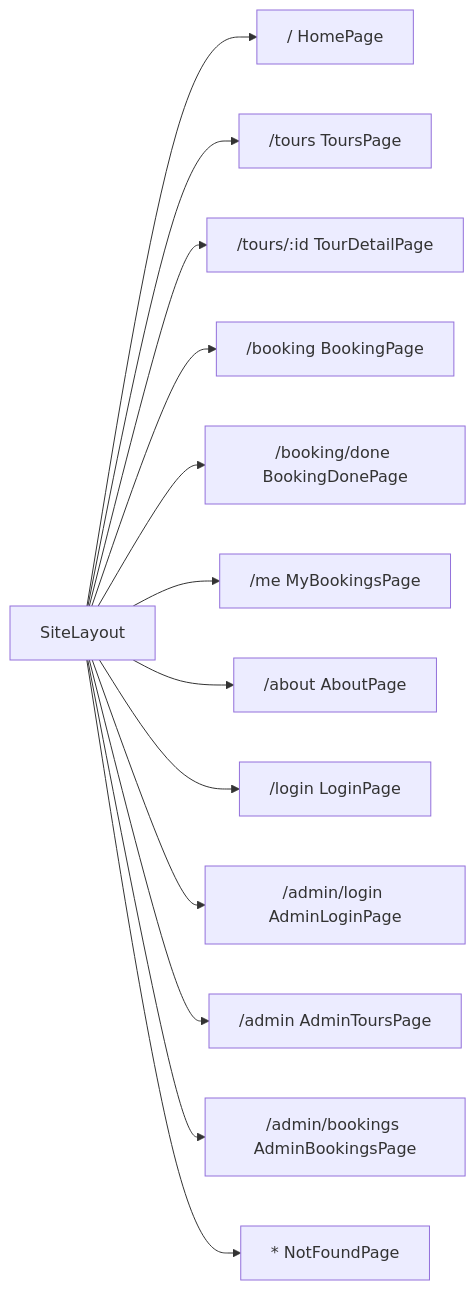
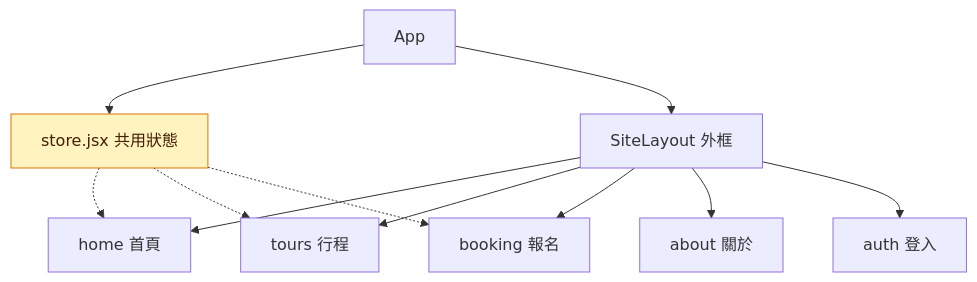
Before and after one commit to summer10920/summer10920.github.io: the fourth of 12 diagrams in source/_posts/lokiTech-15day-12-project-travel.md, drawn with Mermaid. The commit also changed other lines of this file and 2 other files, not shown here.

```diff
--- a/source/_posts/lokiTech-15day-12-project-travel.md
+++ b/source/_posts/lokiTech-15day-12-project-travel.md
@@ -758,14 +1086,13 @@
-{% mermaid graph LR %}
-  layout["SiteLayout"] --> home["/ HomePage"]
-  layout --> tours["/tours ToursPage"]
-  layout --> detail["/tours/:id TourDetailPage"]
-  layout --> booking["/booking BookingPage"]
-  layout --> done["/booking/done BookingDonePage"]
-  layout --> me["/me MyBookingsPage"]
-  layout --> about["/about AboutPage"]
-  layout --> login["/login LoginPage"]
-  layout --> aLogin["/admin/login AdminLoginPage"]
-  layout --> aTours["/admin AdminToursPage"]
-  layout --> aBooks["/admin/bookings AdminBookingsPage"]
-  layout --> miss["* NotFoundPage"]
+{% mermaid graph TD %}
+  app["App"] --> store["store.jsx 共用狀態"]
+  app --> layout["SiteLayout 外框"]
+  layout --> home["home 首頁"]
+  layout --> tours["tours 行程"]
+  layout --> booking["booking 報名"]
+  layout --> about["about 關於"]
+  layout --> auth["auth 登入"]
+  store -.-> home
+  store -.-> tours
+  store -.-> booking
+  style store fill:#fff3bf,stroke:#d97706,color:#422006
 {% endmermaid %}
```
